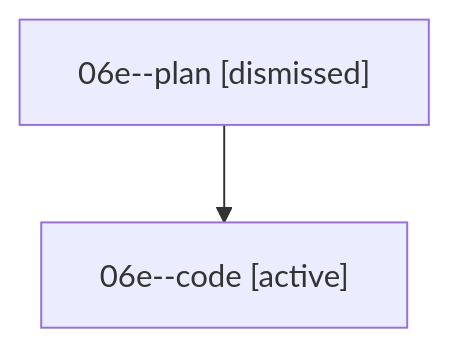
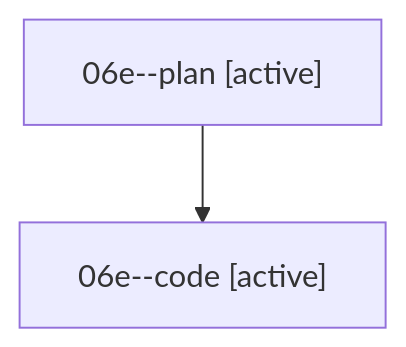
Before and after one commit to sase-org/sase--agents: the diagram in families/bbugyi200.athena.06e.md, drawn with Mermaid. The commit also changed other lines of this file and 35830 other files, not shown here.

````diff
--- a/families/bbugyi200.athena.06e.md
+++ b/families/bbugyi200.athena.06e.md
@@ -9,6 +9,6 @@
 ```mermaid
 flowchart TD
-  n0["06e--plan [dismissed]"]
+  n0["06e--plan [active]"]
   n1["06e--code [active]"]
   n0 --> n1
 ```
````
